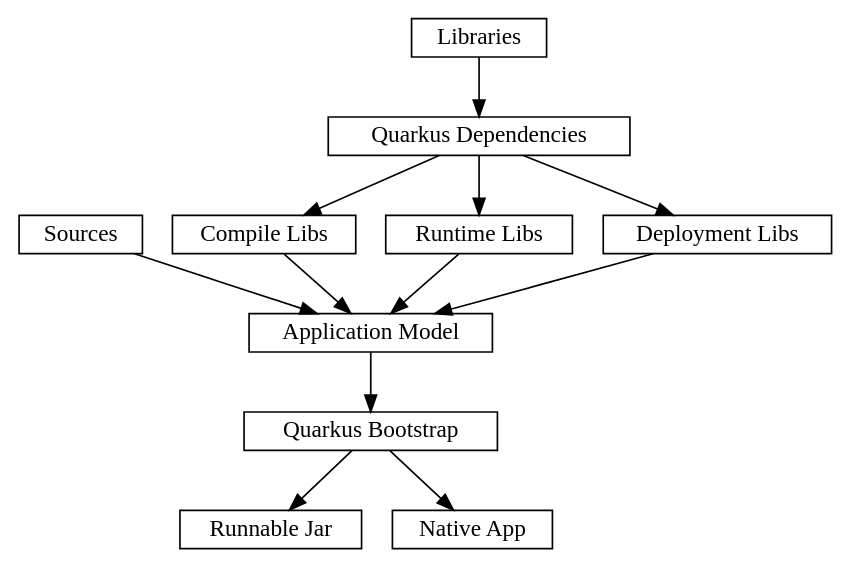
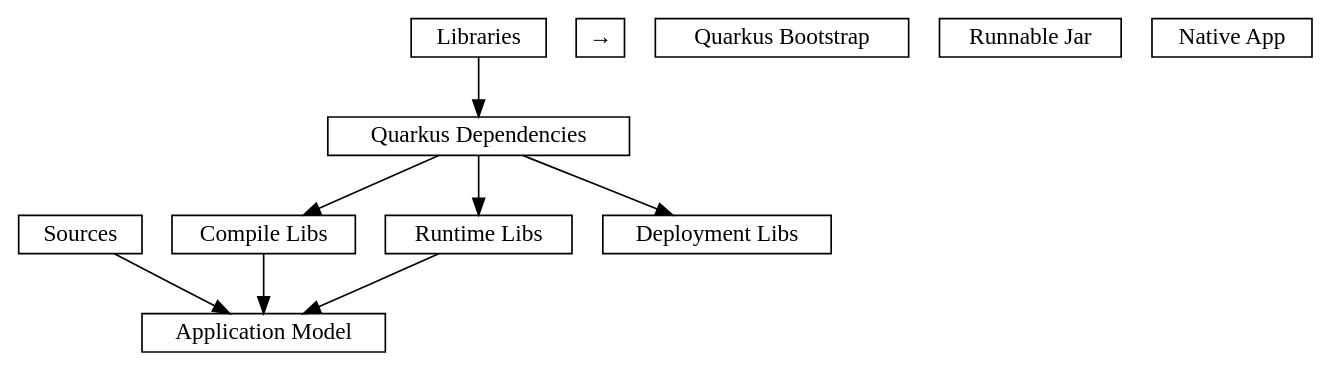
One commit to com-lihaoyi/mill changed the third of 3 diagrams in website/blog/modules/ROOT/pages/21-quarkus-spring-micronaut-with-mill.adoc. Above: the diagram before and after it, drawn with Graphviz. The commit also changed other lines of this file, not shown here.

```diff
--- a/website/blog/modules/ROOT/pages/21-quarkus-spring-micronaut-with-mill.adoc
+++ b/website/blog/modules/ROOT/pages/21-quarkus-spring-micronaut-with-mill.adoc
@@ -320,19 +341,19 @@
 [graphviz]
 ....
 digraph Quarkus {
   rankdir=TB
   node [shape=box width=0 height=0]
 
   "Sources" -> "Application Model"
   "Libraries" -> "Quarkus Dependencies"
   "Quarkus Dependencies" -> "Compile Libs"
   "Quarkus Dependencies" -> "Runtime Libs"
   "Quarkus Dependencies" -> "Deployment Libs"
   "Compile Libs" -> "Application Model"
   "Runtime Libs" -> "Application Model"
-  "Deployment Libs" -> "Application Model"
-  "Application Model" -> "Quarkus Bootstrap"
-  "Quarkus Bootstrap" -> "Runnable Jar"
-  "Quarkus Bootstrap" -> "Native App"
+  "Deployment Libs" → "Application Model"
+  "Application Model" → "Quarkus Bootstrap"
+  "Quarkus Bootstrap" → "Runnable Jar"
+  "Quarkus Bootstrap" → "Native App"
 }
 ....
```
